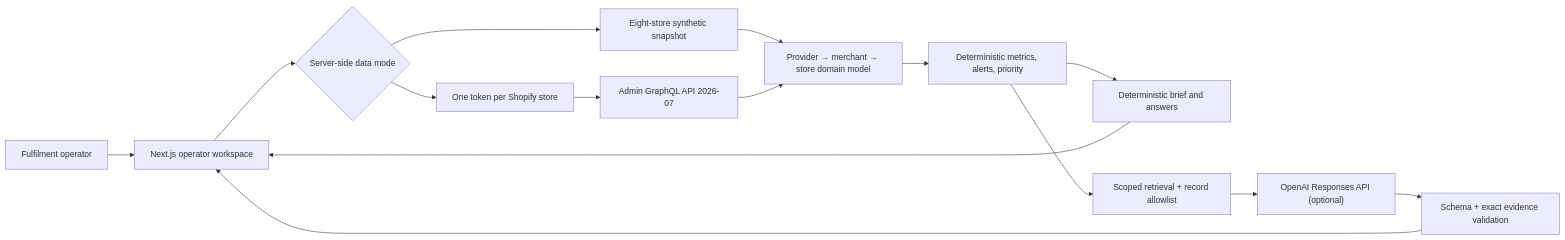
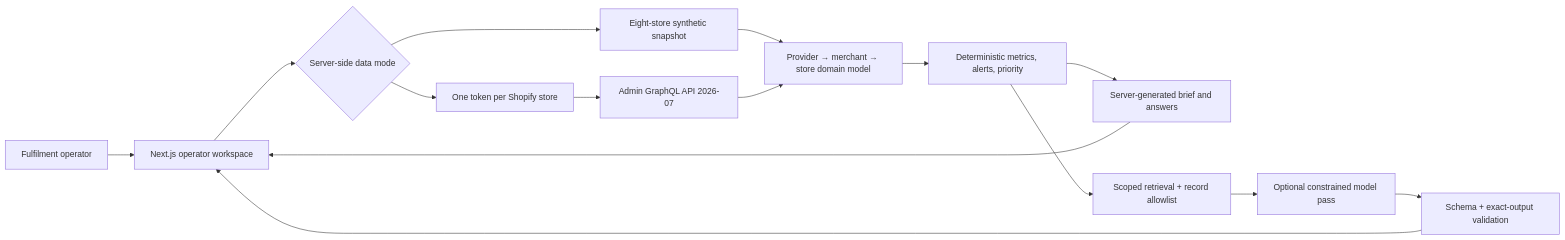
Before and after one commit to umeanougo/storeops-copilot: the diagram in README.md, drawn with Mermaid. The commit also changed other lines of this file and 53 other files, not shown here.

````diff
--- a/README.md
+++ b/README.md
@@ -83,17 +86,17 @@
 ```mermaid
 flowchart LR
   O["Fulfilment operator"] --> UI["Next.js operator workspace"]
   UI --> DATA{"Server-side data mode"}
   DATA --> DEMO["Eight-store synthetic snapshot"]
   DATA --> SHOP["One token per Shopify store"]
   SHOP --> GQL["Admin GraphQL API 2026-07"]
   DEMO --> DOMAIN["Provider → merchant → store domain model"]
   GQL --> DOMAIN
   DOMAIN --> RULES["Deterministic metrics, alerts, priority"]
-  RULES --> FALLBACK["Deterministic brief and answers"]
+  RULES --> FALLBACK["Server-generated brief and answers"]
   RULES --> RETRIEVE["Scoped retrieval + record allowlist"]
-  RETRIEVE --> OPENAI["OpenAI Responses API (optional)"]
-  OPENAI --> VALIDATE["Schema + exact evidence validation"]
+  RETRIEVE --> OPENAI["Optional constrained model pass"]
+  OPENAI --> VALIDATE["Schema + exact-output validation"]
   VALIDATE --> UI
   FALLBACK --> UI
 ```
````
